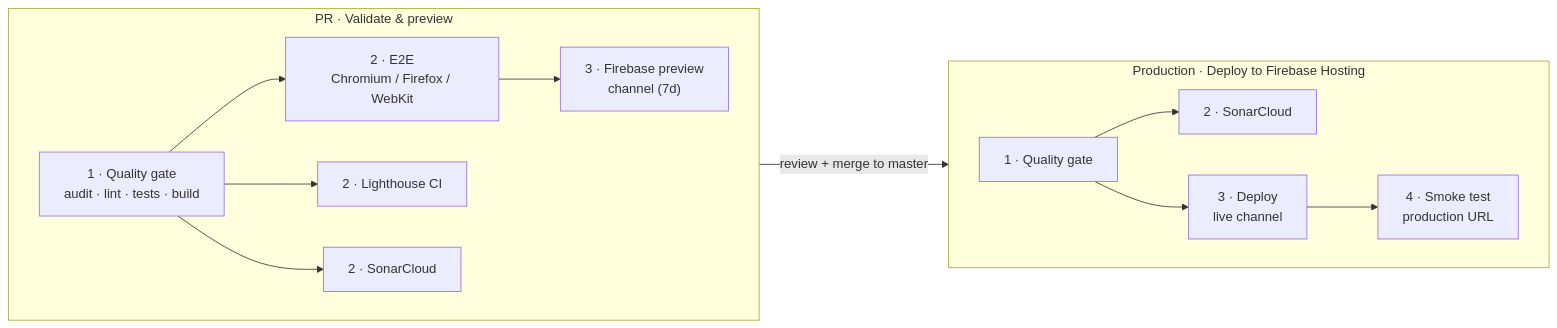
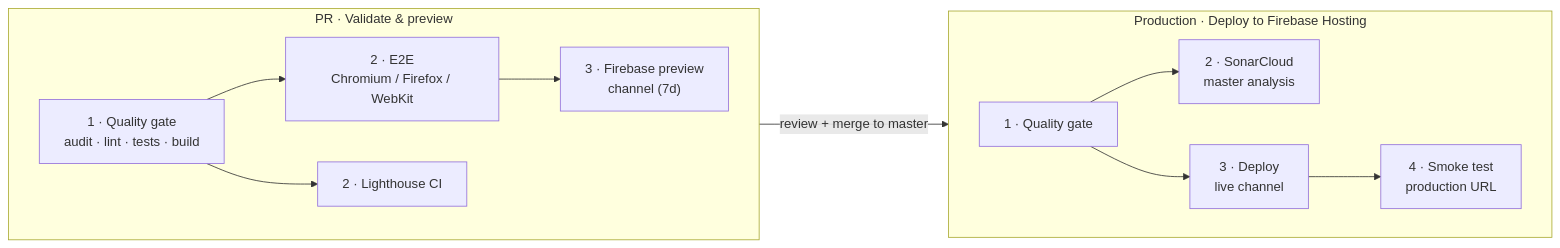
One commit to jesuscorral/Concurso.homebrewer.cordoba changed the diagram in README.md. Above: the diagram before and after it, drawn with Mermaid. The commit also changed other lines of this file and 17 other files, not shown here.

First line of the commit message:
test: raise unit-test coverage above 80% and run SonarCloud only on master

````diff
--- a/README.md
+++ b/README.md
@@ -60,16 +61,15 @@
 ```mermaid
 flowchart LR
     subgraph PR["PR · Validate & preview"]
         direction LR
         Q["1 · Quality gate<br/>audit · lint · tests · build"] --> E["2 · E2E<br/>Chromium / Firefox / WebKit"]
         Q --> L["2 · Lighthouse CI"]
-        Q --> SC["2 · SonarCloud"]
         E --> P["3 · Firebase preview<br/>channel (7d)"]
     end
     PR -->|review + merge to master| CD
     subgraph CD["Production · Deploy to Firebase Hosting"]
         direction LR
-        Q2["1 · Quality gate"] --> SC2["2 · SonarCloud"]
+        Q2["1 · Quality gate"] --> SC2["2 · SonarCloud<br/>master analysis"]
         Q2 --> D["3 · Deploy<br/>live channel"] --> S["4 · Smoke test<br/>production URL"]
     end
 ```
````
